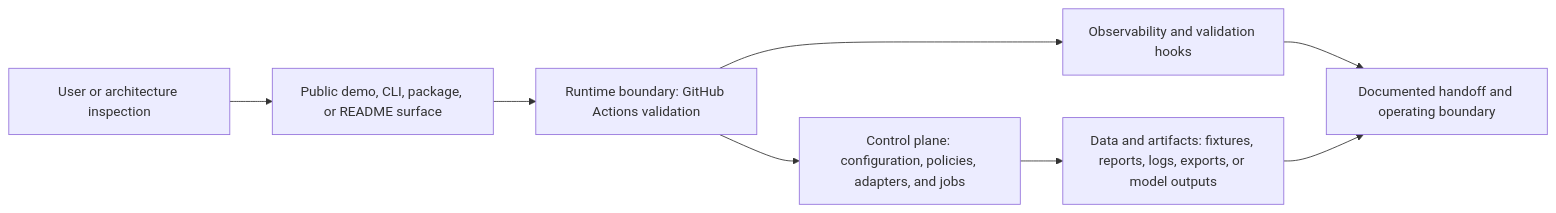
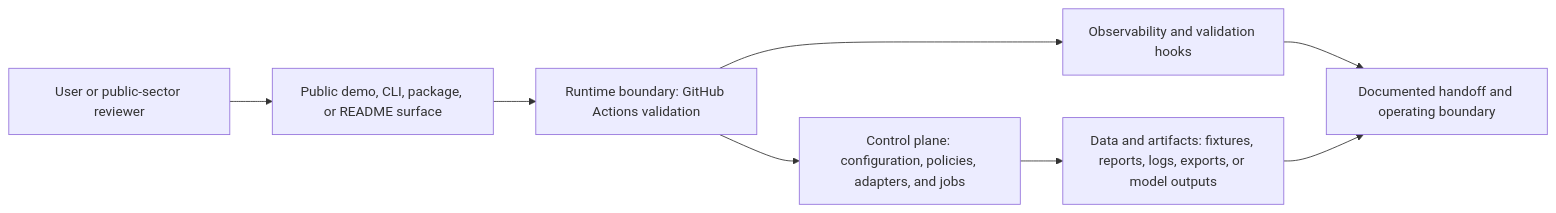
Before and after one commit to KIM3310/districtpilot-ai: the diagram in docs/system-architecture.md, drawn with Mermaid. The commit also changed 18 other files, not shown here.

Commit message:
docs: refine district operations architecture

````diff
--- a/docs/system-architecture.md
+++ b/docs/system-architecture.md
@@ -18,10 +18,10 @@
 ```mermaid
 flowchart LR
-    User["User or architecture inspection"] --> Surface["Public demo, CLI, package, or README surface"]
+    User["User or public-sector reviewer"] --> Surface["Public demo, CLI, package, or README surface"]
     Surface --> Runtime["Runtime boundary: GitHub Actions validation"]
     Runtime --> Control["Control plane: configuration, policies, adapters, and jobs"]
     Control --> Data["Data and artifacts: fixtures, reports, logs, exports, or model outputs"]
     Runtime --> Observability["Observability and validation hooks"]
     Observability --> Handoff["Documented handoff and operating boundary"]
     Data --> Handoff
 ```
````
